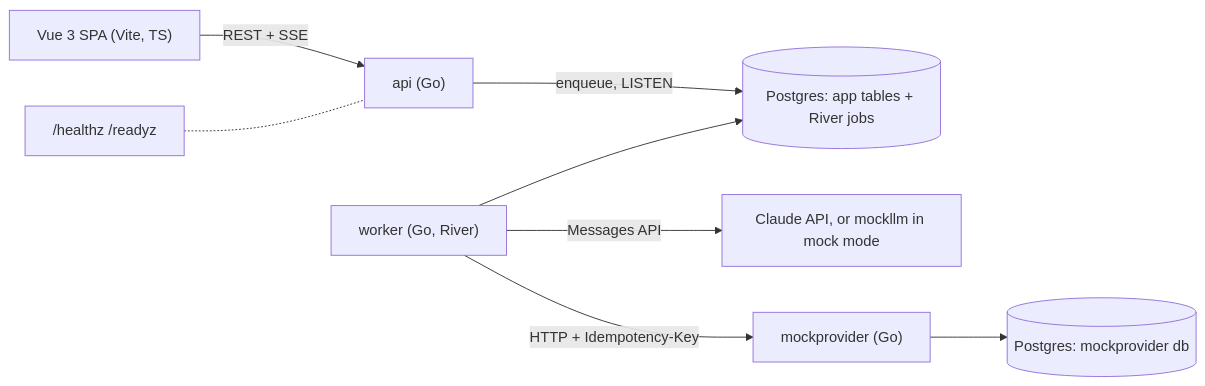
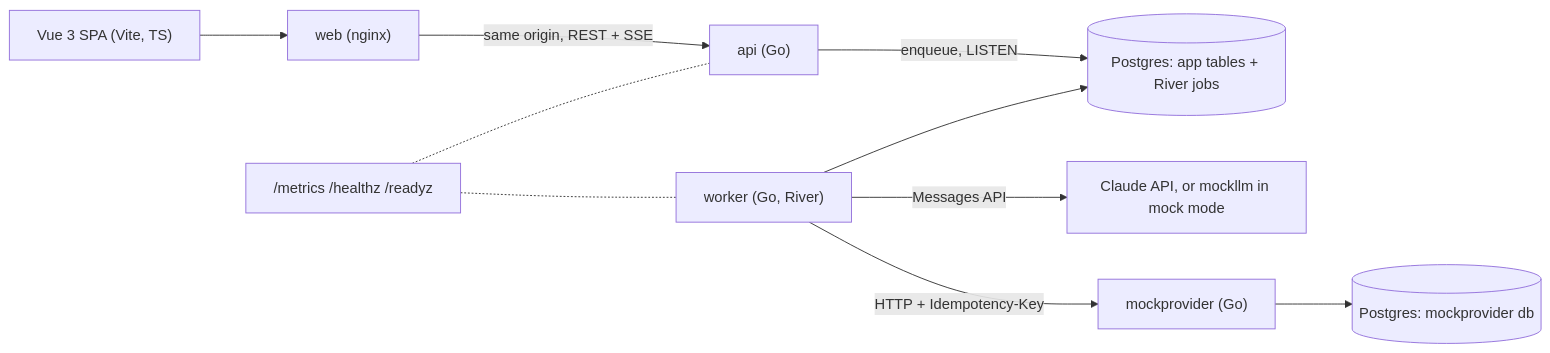
Before and after one commit to BoraKaraman1/insider_one_smart_composer_case: the first of 3 diagrams in docs/ARCHITECTURE.md, drawn with Mermaid. The commit also changed other lines of this file and 16 other files, not shown here.

````diff
--- a/docs/ARCHITECTURE.md
+++ b/docs/ARCHITECTURE.md
@@ -28,10 +28,12 @@
 ```mermaid
 flowchart LR
-  UI["Vue 3 SPA (Vite, TS)"] -->|REST + SSE| API["api (Go)"]
+  UI["Vue 3 SPA (Vite, TS)"] --> WEB["web (nginx)"]
+  WEB -->|"same origin, REST + SSE"| API["api (Go)"]
   API -->|enqueue, LISTEN| PG[("Postgres: app tables + River jobs")]
   W["worker (Go, River)"] --> PG
   W -->|Messages API| Claude["Claude API, or mockllm in mock mode"]
   W -->|HTTP + Idempotency-Key| MP["mockprovider (Go)"]
   MP --> MPDB[("Postgres: mockprovider db")]
-  OPS["/healthz /readyz"] -.- API
+  OPS["/metrics /healthz /readyz"] -.- API
+  OPS -.- W
 ```
````
